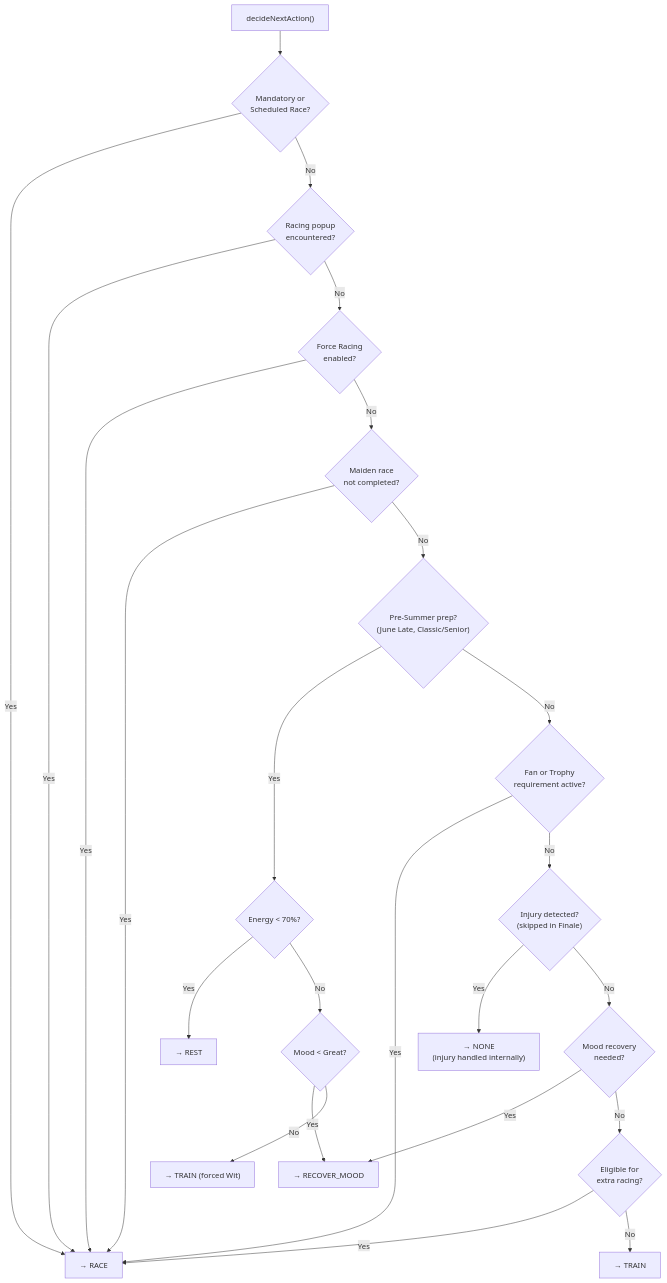
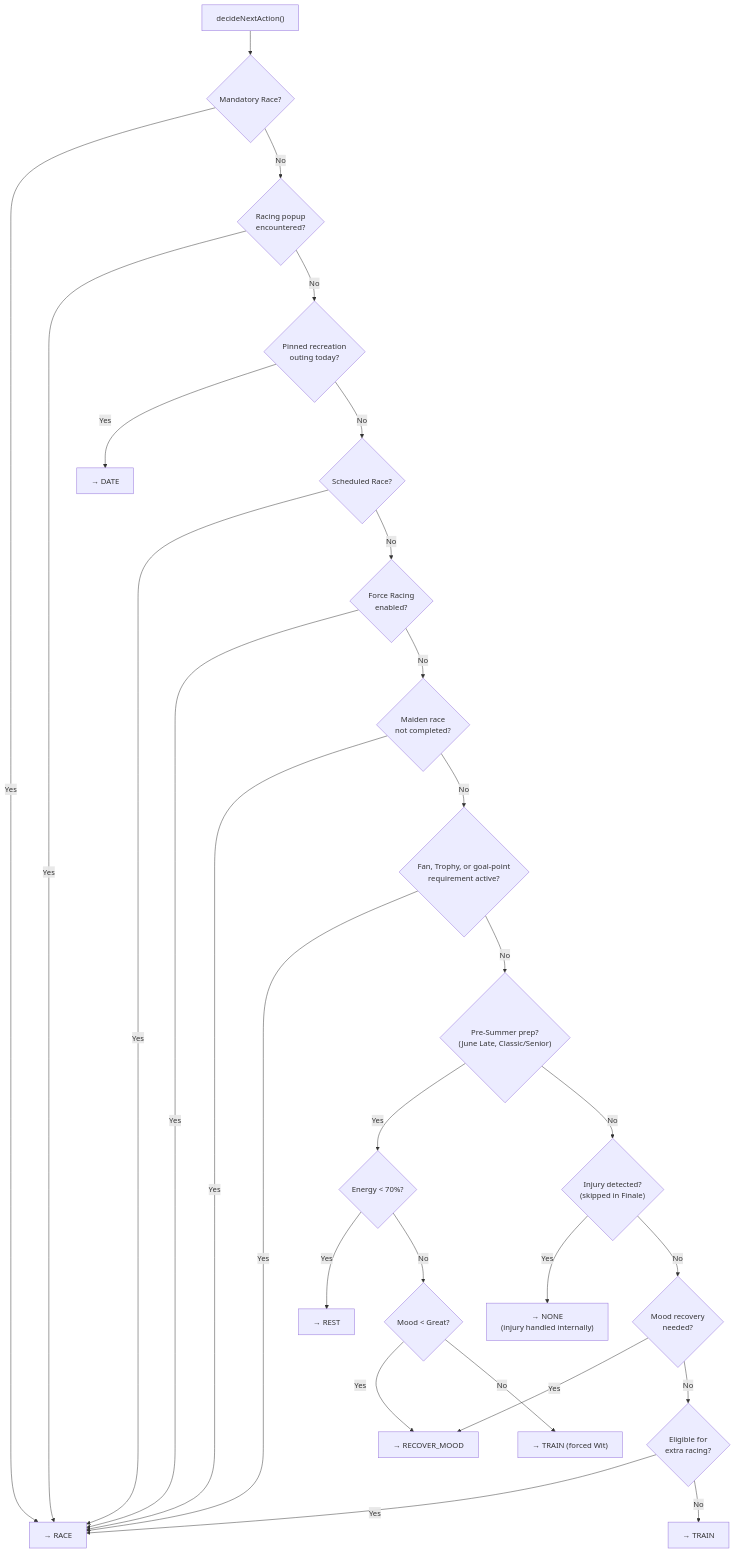
The fifth of 7 diagrams in HOW_IT_WORKS.md (lhceist41/uma-auto-plus), drawn with Mermaid before and after one commit. The commit also changed other lines of this file and 7 other files, not shown here.

````diff
--- a/HOW_IT_WORKS.md
+++ b/HOW_IT_WORKS.md
@@ -279,26 +279,30 @@
 ```mermaid
 flowchart TD
-    Start["decideNextAction()"] --> A{"Mandatory or\nScheduled Race?"}
+    Start["decideNextAction()"] --> A{"Mandatory Race?"}
     A -->|Yes| RACE["→ RACE"]
     A -->|No| B{"Racing popup\nencountered?"}
     B -->|Yes| RACE
-    B -->|No| C{"Force Racing\nenabled?"}
+    B -->|No| R{"Pinned recreation\nouting today?"}
+    R -->|Yes| DATE["→ DATE"]
+    R -->|No| S{"Scheduled Race?"}
+    S -->|Yes| RACE
+    S -->|No| C{"Force Racing\nenabled?"}
     C -->|Yes| RACE
     C -->|No| D{"Maiden race\nnot completed?"}
     D -->|Yes| RACE
-    D -->|No| E{"Pre-Summer prep?\n(June Late, Classic/Senior)"}
+    D -->|No| F{"Fan, Trophy, or goal-point\nrequirement active?"}
+    F -->|Yes| RACE
+    F -->|No| E{"Pre-Summer prep?\n(June Late, Classic/Senior)"}
     E -->|Yes| PreSummer{"Energy < 70%?"}
     PreSummer -->|Yes| REST["→ REST"]
     PreSummer -->|No| MoodCheck{"Mood < Great?"}
     MoodCheck -->|Yes| RECOVER["→ RECOVER_MOOD"]
     MoodCheck -->|No| WIT["→ TRAIN (forced Wit)"]
-    E -->|No| F{"Fan or Trophy\nrequirement active?"}
-    F -->|Yes| RACE
-    F -->|No| G{"Injury detected?\n(skipped in Finale)"}
+    E -->|No| G{"Injury detected?\n(skipped in Finale)"}
     G -->|Yes| NONE["→ NONE\n(injury handled internally)"]
     G -->|No| H{"Mood recovery\nneeded?"}
     H -->|Yes| RECOVER
     H -->|No| I{"Eligible for\nextra racing?"}
     I -->|Yes| RACE
     I -->|No| TRAIN["→ TRAIN"]
 ```
````
